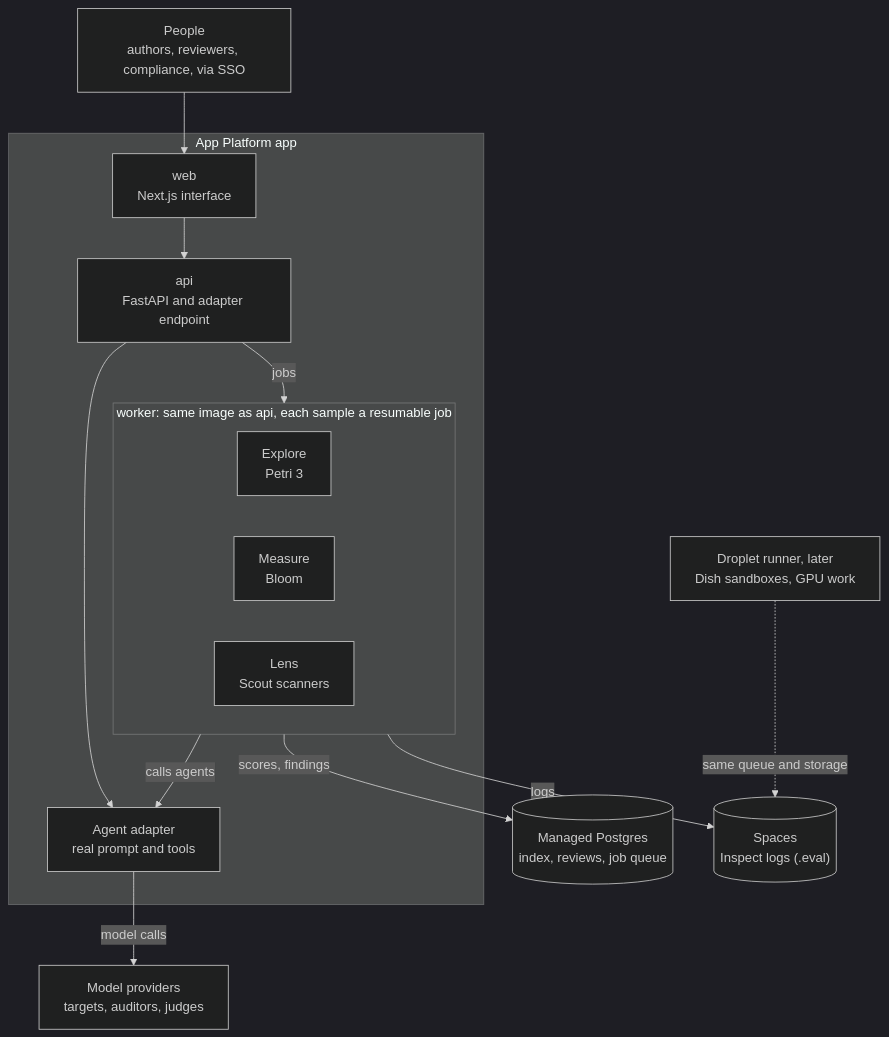
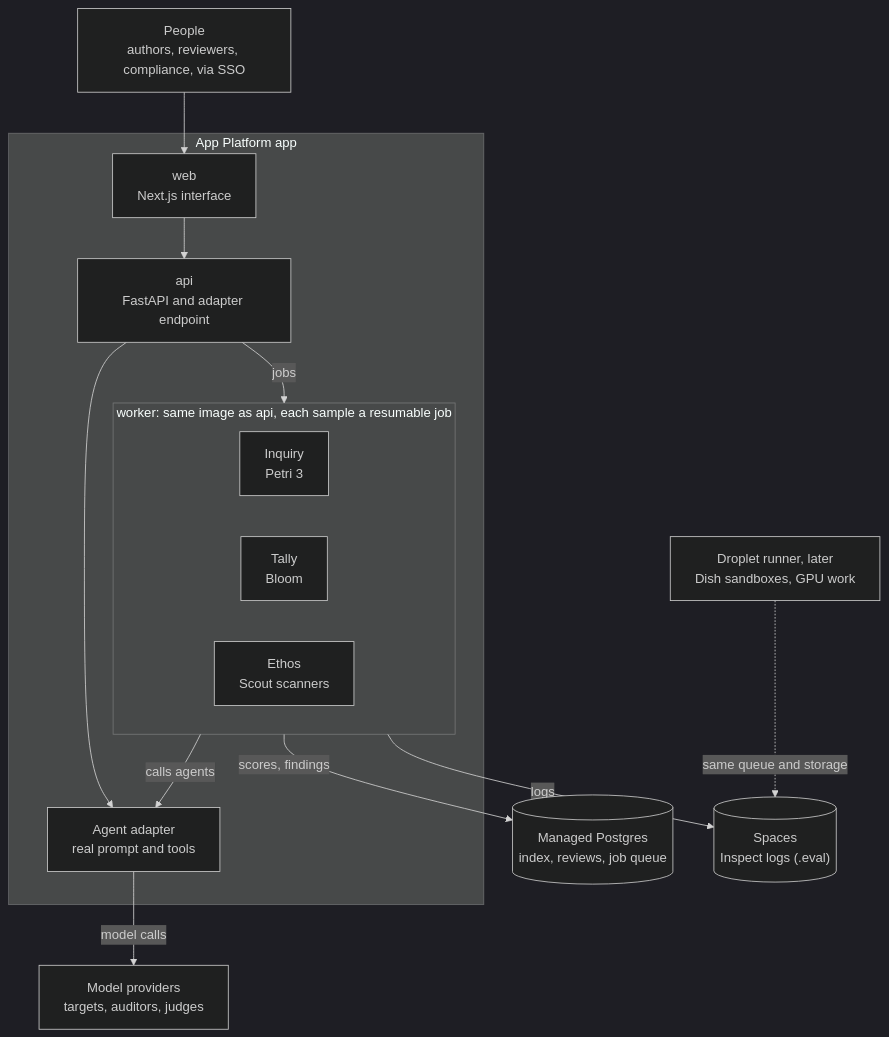
Before and after one commit to andrewbupa/MindMap: the diagram in docs/BRIEF.md, drawn with Mermaid (dark theme). The commit also changed other lines of this file and 299 other files, not shown here.

````diff
--- a/docs/BRIEF.md
+++ b/docs/BRIEF.md
@@ -34,26 +34,26 @@
 ```mermaid
 flowchart TB
   people["People<br/>authors, reviewers, compliance, via SSO"]
   providers["Model providers<br/>targets, auditors, judges"]
   subgraph app["App Platform app"]
     web["web<br/>Next.js interface"]
     api["api<br/>FastAPI and adapter endpoint"]
     adapter["Agent adapter<br/>real prompt and tools"]
     subgraph worker["worker: same image as api, each sample a resumable job"]
-      explore["Explore<br/>Petri 3"]
-      measure["Measure<br/>Bloom"]
-      lens["Lens<br/>Scout scanners"]
+      inquiry["Inquiry<br/>Petri 3"]
+      tally["Tally<br/>Bloom"]
+      ethos["Ethos<br/>Scout scanners"]
     end
   end
   pg[("Managed Postgres<br/>index, reviews, job queue")]
   spaces[("Spaces<br/>Inspect logs (.eval)")]
   runner["Droplet runner, later<br/>Dish sandboxes, GPU work"]
   people --> web --> api
   api -->|jobs| worker
   api --> adapter
   worker -->|calls agents| adapter
   adapter -->|model calls| providers
   worker -->|scores, findings| pg
   worker -->|logs| spaces
   runner -.->|same queue and storage| spaces
 ```
````
